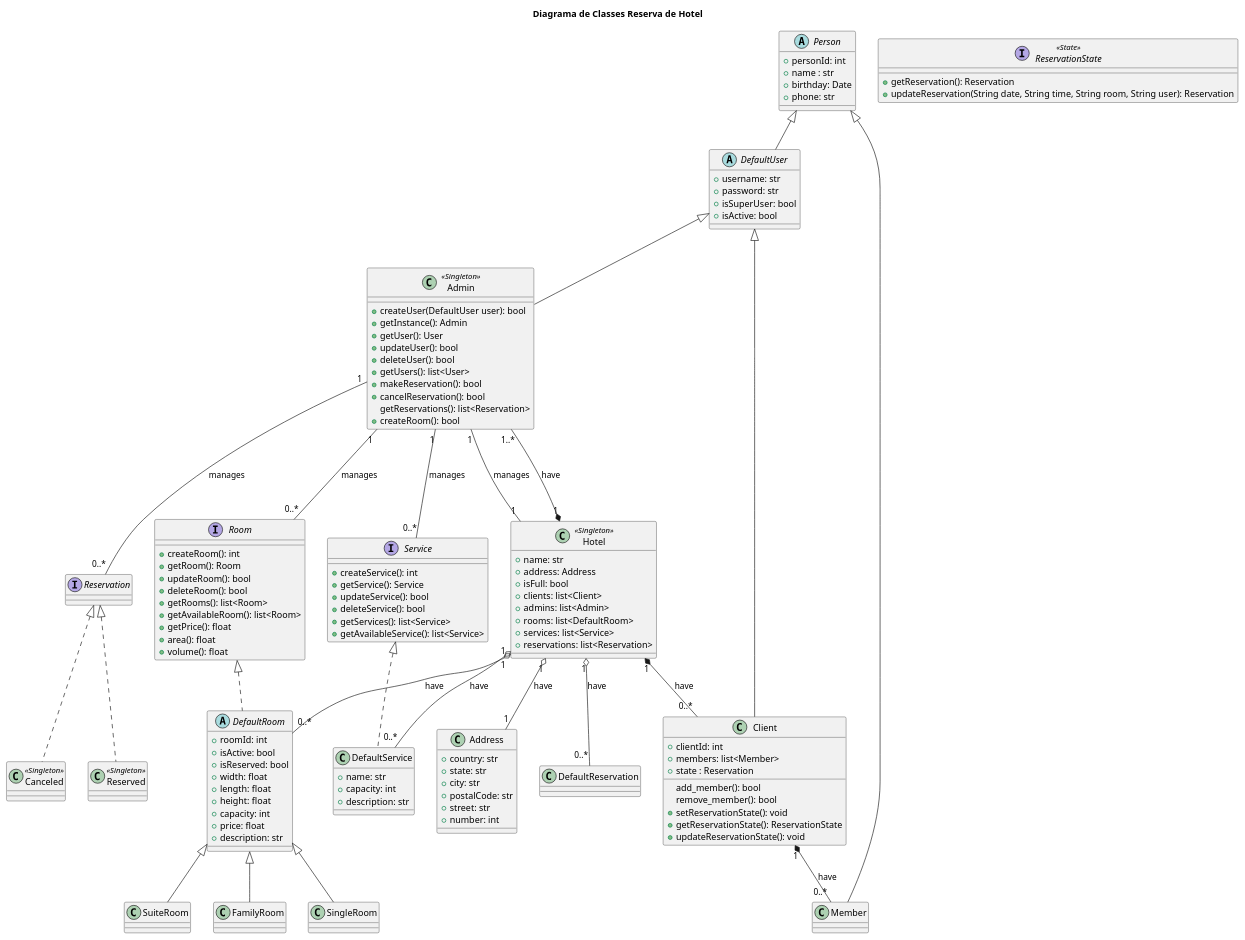
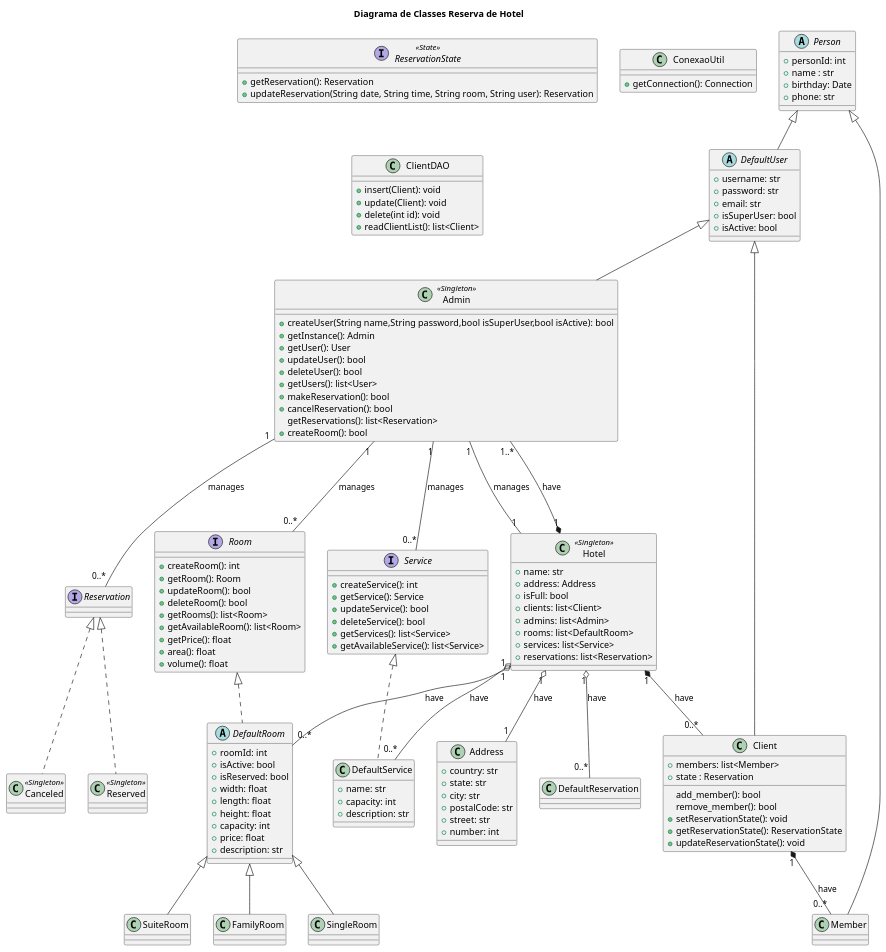
One commit to azmovi/reserva-de-hotel changed the diagram in diagrama_de_classes.iuml. Above: the diagram before and after it, drawn with PlantUML. The commit also changed 7 other files, not shown here.

```diff
--- a/diagrama_de_classes.iuml
+++ b/diagrama_de_classes.iuml
@@ -1,146 +1,157 @@
 @startuml
 title Diagrama de Classes Reserva de Hotel
 
 abstract class Person {
     +personId: int 
     +name : str
     +birthday: Date
     +phone: str
 }
 
 
 class Client extends DefaultUser {
-    +clientId: int
     +members: list<Member>
     +state : Reservation
     add_member(): bool
     remove_member(): bool
     +setReservationState(): void
     +getReservationState(): ReservationState
     +updateReservationState(): void
 }
 
 abstract class DefaultUser extends Person {
     +username: str
     +password: str
+    +email: str
     +isSuperUser: bool 
     +isActive: bool 
 }
 
 class Admin <<Singleton>> extends DefaultUser {
 
-    +createUser(DefaultUser user): bool
+    +createUser(String name,String password,bool isSuperUser,bool isActive): bool
     +getInstance(): Admin
     +getUser(): User
     +updateUser(): bool
     +deleteUser(): bool
     +getUsers(): list<User>
     +makeReservation(): bool
     +cancelReservation(): bool
     getReservations(): list<Reservation>
     +createRoom(): bool
 }
 
 
 class Member extends Person {
 }
 
 
 class Hotel <<Singleton>> {
     +name: str
     +address: Address
     +isFull: bool
     +clients: list<Client>
     +admins: list<Admin>
     +rooms: list<DefaultRoom>
     +services: list<Service>
     +reservations: list<Reservation>
 }
 
 class Address {
     +country: str
     +state: str
     +city: str
     +postalCode: str
     +street: str
     +number: int
 }
 
 interface Room {
     +createRoom(): int
     +getRoom(): Room
     +updateRoom(): bool
     +deleteRoom(): bool
     +getRooms(): list<Room>
     +getAvailableRoom(): list<Room>
     +getPrice(): float
     +area(): float
     +volume(): float
 }
 
 abstract class DefaultRoom implements Room {
     +roomId: int
     +isActive: bool
     +isReserved: bool
     +width: float
     +length: float
     +height: float
     +capacity: int
     +price: float
     +description: str
 }
 
 
 class SingleRoom extends DefaultRoom {
 }
 
 class SuiteRoom extends DefaultRoom {
 }
 
 class FamilyRoom extends DefaultRoom {
 }
 
 interface Service {
     +createService(): int
     +getService(): Service
     +updateService(): bool
     +deleteService(): bool
     +getServices(): list<Service>
     +getAvailableService(): list<Service>
 }
 
 class DefaultService implements Service {
     +name: str
     +capacity: int 
     +description: str
 
 }
 
 interface ReservationState <<State>> {
     +getReservation(): Reservation
     +updateReservation(String date, String time, String room, String user): Reservation
 }
 
 class Reserved <<Singleton>> implements Reservation {
 }
 
 class Canceled <<Singleton>> implements Reservation {
 }
 
+class ConexaoUtil {
+    +getConnection(): Connection
+}
+
+class ClientDAO {
+    +insert(Client): void
+    +update(Client): void
+    +delete(int id): void
+    +readClientList(): list<Client>
+}
+
 
 
 Hotel "1" o-- "1"     Address: have
 Hotel "1" *-- "1..*"  Admin: have
 Hotel "1" *-- "0..*"  Client: have
 Hotel "1" o-- "0..*"  DefaultRoom: have
 Hotel "1" o-- "0..*"  DefaultService: have
 Hotel "1" o-- "0..*"  DefaultReservation: have
 
 Admin "1" --- "0..*"  Service: manages
 Admin "1" --- "0..*"  Room: manages
 Admin "1" --- "0..*"  Reservation: manages
 Admin "1" --- "1"     Hotel: manages
 
 
 Client "1" *-- "0..*" Member: have
 @enduml
```
